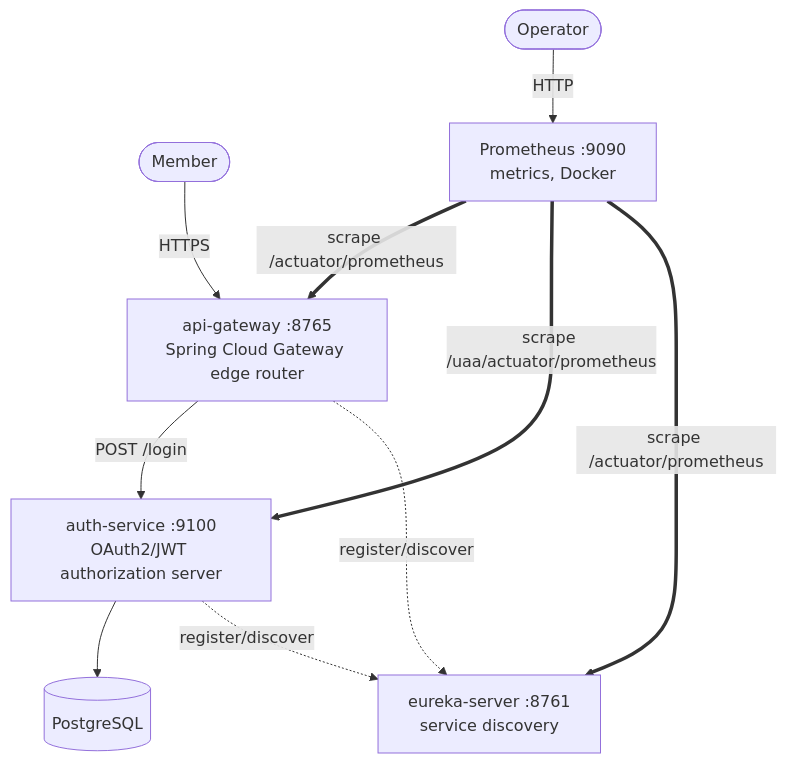
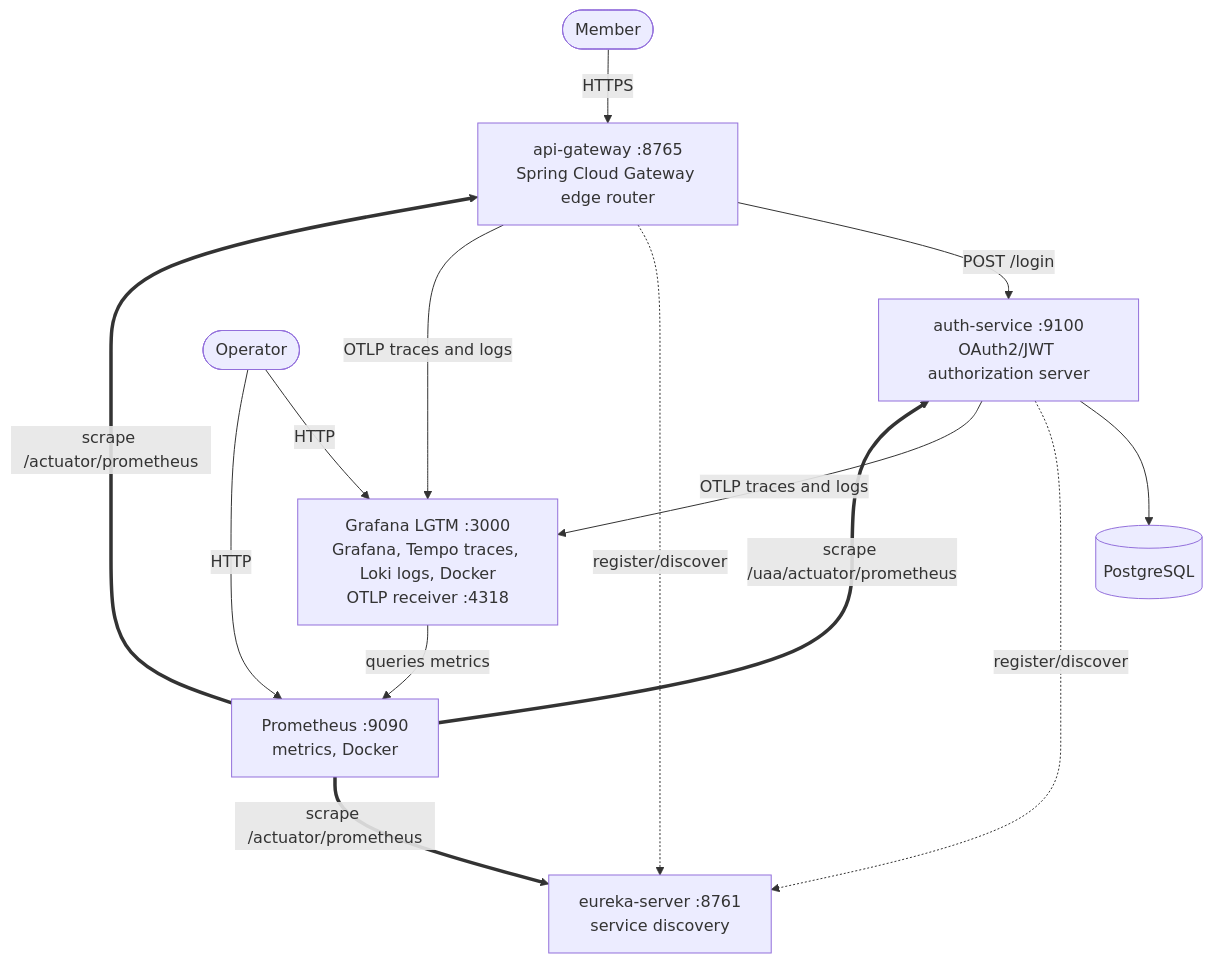
One commit to TareqAlhashash/microservices changed the second of 4 diagrams in README.md. Above: the diagram before and after it, drawn with Mermaid. The commit also changed other lines of this file and 6 other files, not shown here.

First line of the commit message:
Document the monitoring architecture and update the AWS diagram

````diff
--- a/README.md
+++ b/README.md
@@ -33,20 +37,25 @@
 ```mermaid
 graph TB
     Member([Member])
     GW["api-gateway :8765<br/>Spring Cloud Gateway edge router"]
     Auth["auth-service :9100<br/>OAuth2/JWT authorization server"]
     Eureka["eureka-server :8761<br/>service discovery"]
     DB[(PostgreSQL)]
     Prom["Prometheus :9090<br/>metrics, Docker"]
+    LGTM["Grafana LGTM :3000<br/>Grafana, Tempo traces, Loki logs, Docker<br/>OTLP receiver :4318"]
     Operator([Operator])
 
     Member -->|HTTPS| GW
     GW -->|POST /login| Auth
     Auth --> DB
     GW -.->|register/discover| Eureka
     Auth -.->|register/discover| Eureka
+    GW -->|OTLP traces and logs| LGTM
+    Auth -->|OTLP traces and logs| LGTM
+    LGTM -->|queries metrics| Prom
+    Operator -->|HTTP| LGTM
     Operator -->|HTTP| Prom
     Prom ==>|scrape /actuator/prometheus| GW
     Prom ==>|scrape /uaa/actuator/prometheus| Auth
     Prom ==>|scrape /actuator/prometheus| Eureka
 ```
````
